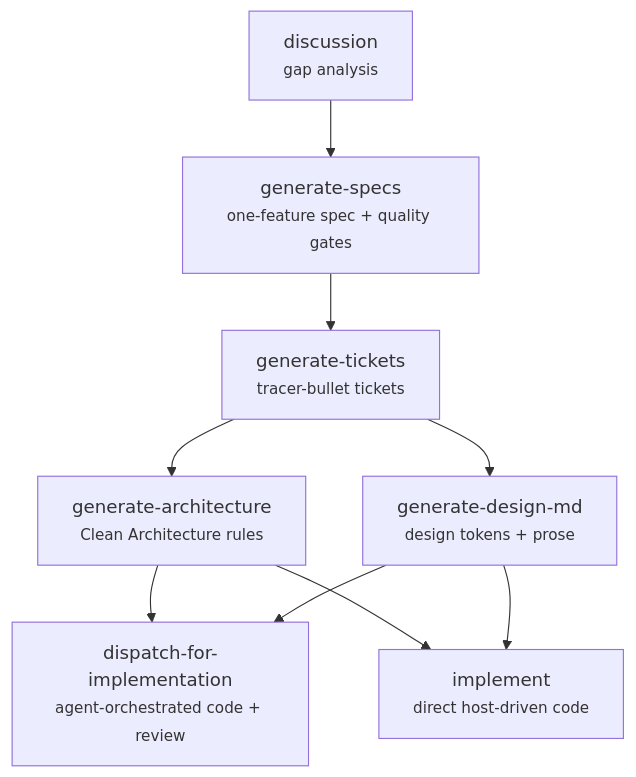
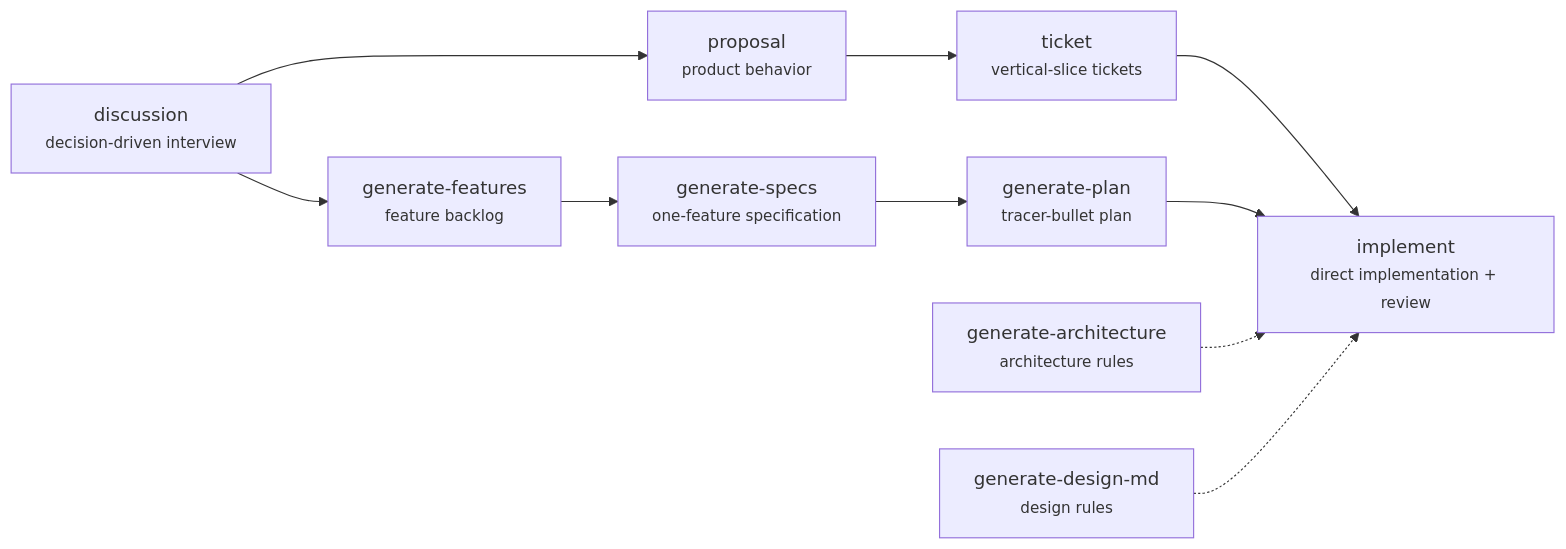
One commit to sanxzy/skills changed the diagram in README.md. Above: the diagram before and after it, drawn with Mermaid. The commit also changed other lines of this file and 519 other files, not shown here.

````diff
--- a/README.md
+++ b/README.md
@@ -20,11 +56,14 @@
 ```mermaid
-flowchart TD
-    discussion["discussion<br/><small>gap analysis</small>"] --> generate-specs["generate-specs<br/><small>one-feature spec + quality gates</small>"]
-    generate-specs --> generate-tickets["generate-tickets<br/><small>tracer-bullet tickets</small>"]
-    generate-tickets --> generate-architecture["generate-architecture<br/><small>Clean Architecture rules</small>"]
-    generate-tickets --> generate-design-md["generate-design-md<br/><small>design tokens + prose</small>"]
-    generate-architecture --> dispatch-for-implementation["dispatch-for-implementation<br/><small>agent-orchestrated code + review</small>"]
-    generate-design-md --> dispatch-for-implementation
-    generate-architecture --> implement["implement<br/><small>direct host-driven code</small>"]
-    generate-design-md --> implement
+flowchart LR
+    discussion["discussion<br/><small>decision-driven interview</small>"] --> proposal["proposal<br/><small>product behavior</small>"]
+    proposal --> ticket["ticket<br/><small>vertical-slice tickets</small>"]
+    ticket --> implement["implement<br/><small>direct implementation + review</small>"]
+
+    discussion --> generate-features["generate-features<br/><small>feature backlog</small>"]
+    generate-features --> generate-specs["generate-specs<br/><small>one-feature specification</small>"]
+    generate-specs --> generate-plan["generate-plan<br/><small>tracer-bullet plan</small>"]
+    generate-plan --> implement
+
+    generate-architecture["generate-architecture<br/><small>architecture rules</small>"] -.-> implement
+    generate-design-md["generate-design-md<br/><small>design rules</small>"] -.-> implement
 ```
````
